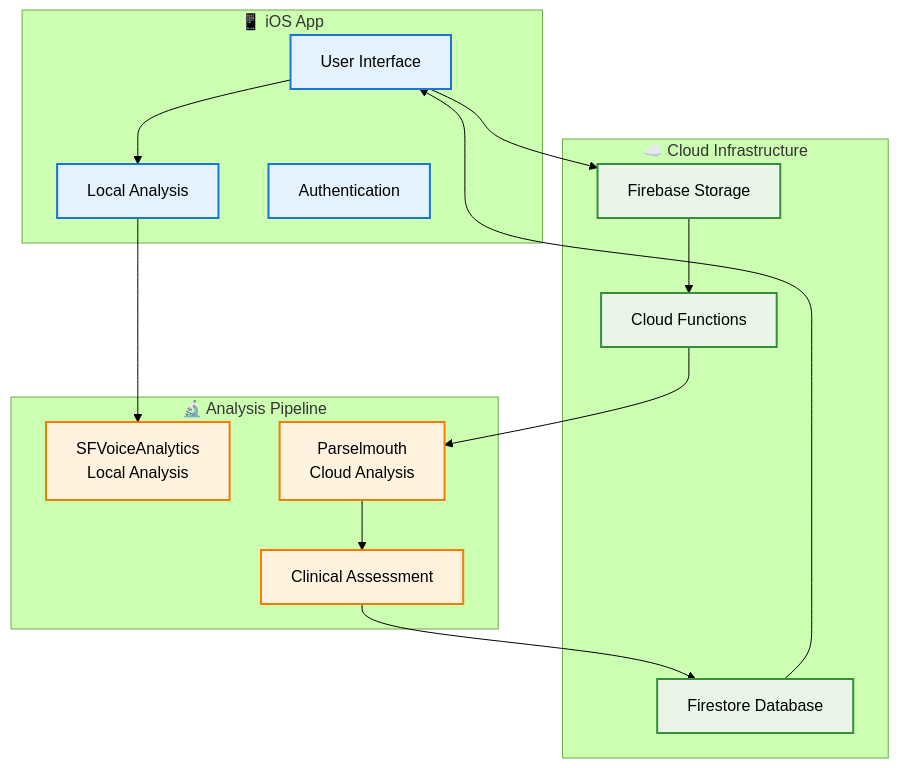
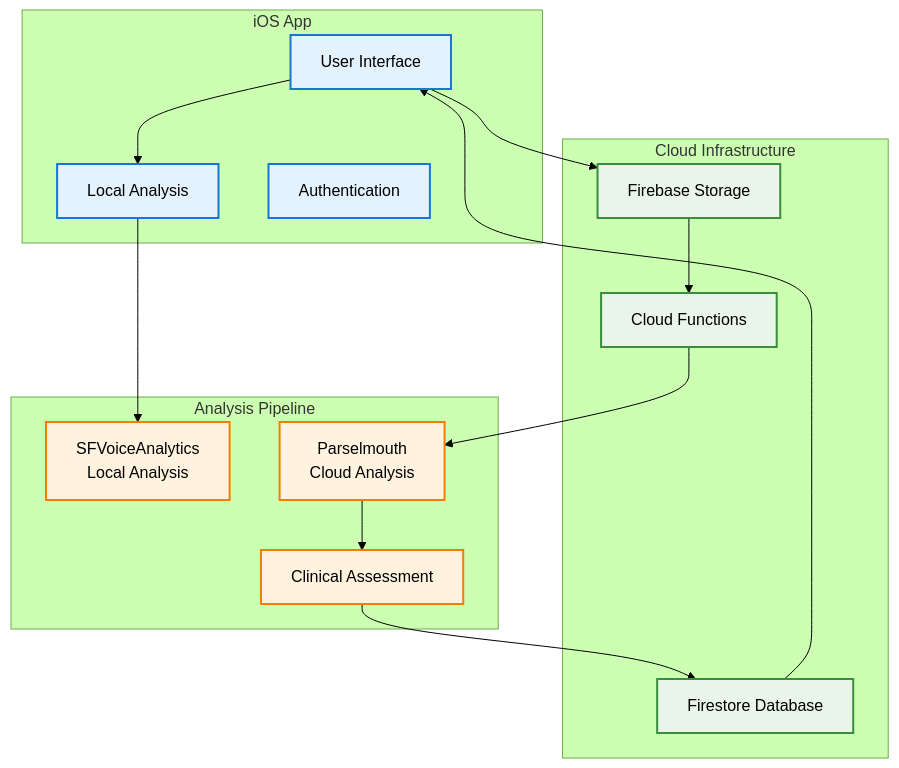
Before and after one commit to PoisonIvory/sage: the first of 13 diagrams in ARCHITECTURE.md, drawn with Mermaid (forest theme). The commit also changed other lines of this file, not shown here.

Commit message:
Update ARCHITECTURE.md to accurately reflect current codebase implementation

````diff
--- a/ARCHITECTURE.md
+++ b/ARCHITECTURE.md
@@ -13,37 +15,37 @@
 ```mermaid
 flowchart TD
-    subgraph "📱 iOS App"
+    subgraph "iOS App"
         A1[User Interface]
         A2[Local Analysis]
         A3[Authentication]
     end
     
-    subgraph "☁️ Cloud Infrastructure"
+    subgraph "Cloud Infrastructure"
         B1[Firebase Storage]
         B2[Cloud Functions]
         B3[Firestore Database]
     end
     
-    subgraph "🔬 Analysis Pipeline"
+    subgraph "Analysis Pipeline"
         C1[SFVoiceAnalytics<br/>Local Analysis]
         C2[Parselmouth<br/>Cloud Analysis]
         C3[Clinical Assessment]
     end
     
     A1 --> A2
     A2 --> C1
     A1 --> B1
     B1 --> B2
     B2 --> C2
     C2 --> C3
     C3 --> B3
     B3 --> A1
     
     classDef ios fill:#e3f2fd,stroke:#1976d2,stroke-width:2px
     classDef cloud fill:#e8f5e8,stroke:#388e3c,stroke-width:2px
     classDef analysis fill:#fff3e0,stroke:#f57c00,stroke-width:2px
     
     class A1,A2,A3 ios
     class B1,B2,B3 cloud
     class C1,C2,C3 analysis
 ```
````
